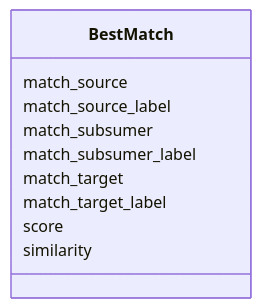
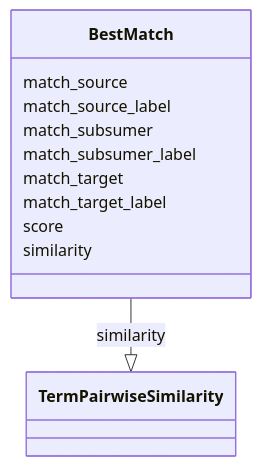
One commit to cthoyt/ontology-access-kit changed the diagram in similarity/BestMatch.md. Above: the diagram before and after it, drawn with Mermaid. The commit also changed other lines of this file and 3287 other files, not shown here.

````diff
--- a/similarity/BestMatch.md
+++ b/similarity/BestMatch.md
@@ -9,13 +9,23 @@
 ```{mermaid}
  classDiagram
     class BestMatch
       BestMatch : match_source
+        
       BestMatch : match_source_label
+        
       BestMatch : match_subsumer
+        
       BestMatch : match_subsumer_label
+        
       BestMatch : match_target
+        
       BestMatch : match_target_label
+        
       BestMatch : score
+        
       BestMatch : similarity
+        
+          BestMatch --|> TermPairwiseSimilarity : similarity
+        
       
 ```
````
